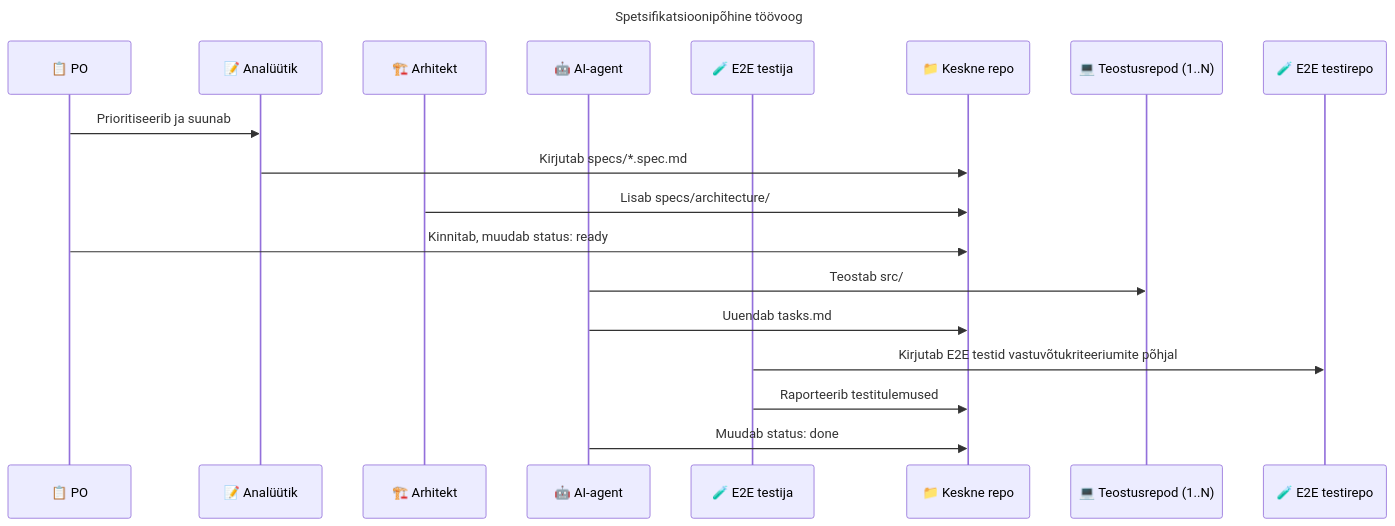
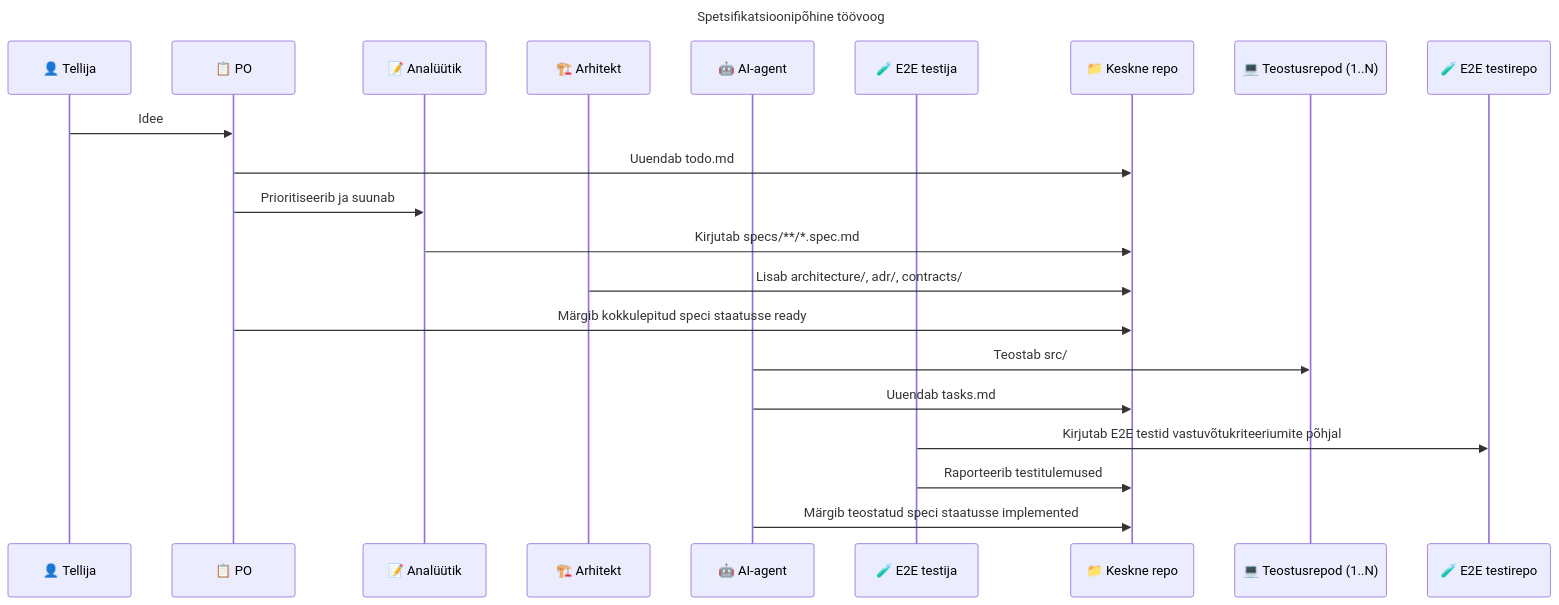
The fifth of 17 diagrams in process/specification-driven-development.md (e-gov/cursor-prompts), drawn with Mermaid before and after one commit. The commit also changed other lines of this file and 18 other files, not shown here.

````diff
--- a/process/specification-driven-development.md
+++ b/process/specification-driven-development.md
@@ -232,24 +235,27 @@
 ```mermaid
 ---
 title: Spetsifikatsioonipõhine töövoog
 ---
 sequenceDiagram
+    participant ST as 👤 Tellija
     participant PO as 📋 PO
     participant AN as 📝 Analüütik
     participant AR as 🏗️ Arhitekt
     participant AI as 🤖 AI-agent
     participant QA as 🧪 E2E testija
     participant REPO as 📁 Keskne repo
     participant CODE as 💻 Teostusrepod (1..N)
     participant E2E as 🧪 E2E testirepo
 
+    ST->>PO: Idee
+    PO->>REPO: Uuendab todo.md
     PO->>AN: Prioritiseerib ja suunab
-    AN->>REPO: Kirjutab specs/*.spec.md
-    AR->>REPO: Lisab specs/architecture/
-    PO->>REPO: Kinnitab, muudab status: ready
+    AN->>REPO: Kirjutab specs/**/*.spec.md
+    AR->>REPO: Lisab architecture/, adr/, contracts/
+    PO->>REPO: Märgib kokkulepitud speci staatusse ready
     AI->>CODE: Teostab src/
     AI->>REPO: Uuendab tasks.md
     QA->>E2E: Kirjutab E2E testid vastuvõtukriteeriumite põhjal
     QA->>REPO: Raporteerib testitulemused
-    AI->>REPO: Muudab status: done
+    AI->>REPO: Märgib teostatud speci staatusse implemented
 ```
````
